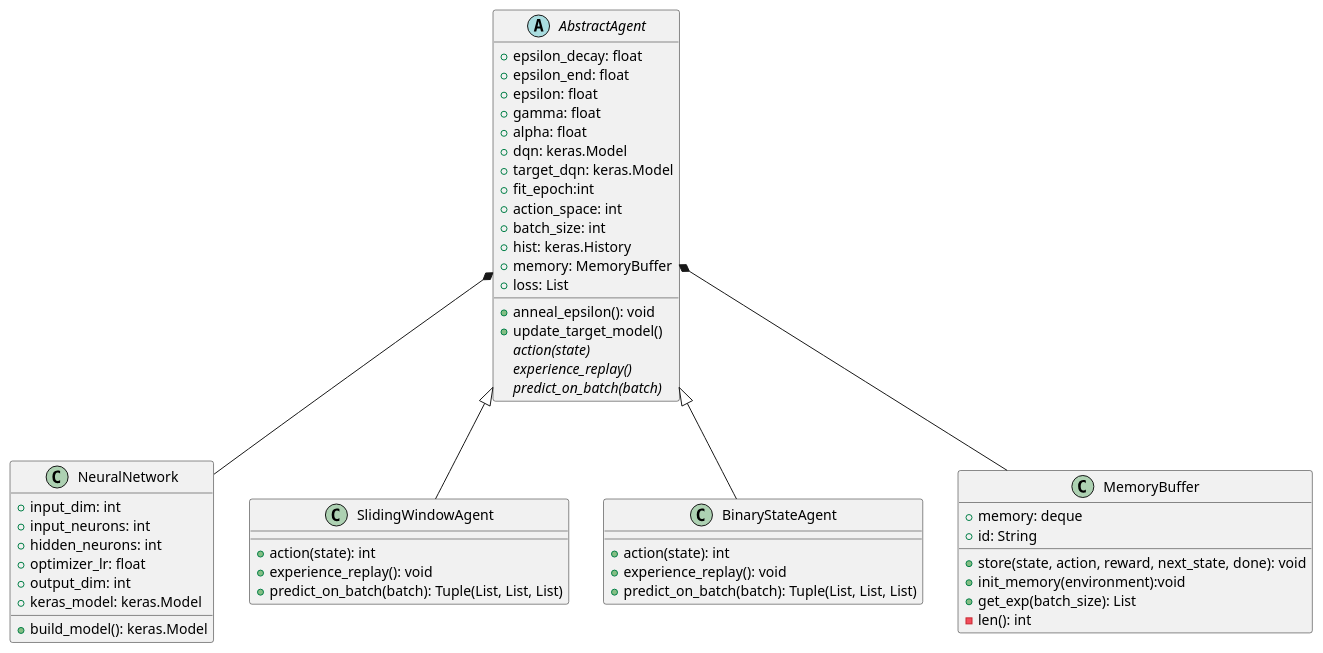
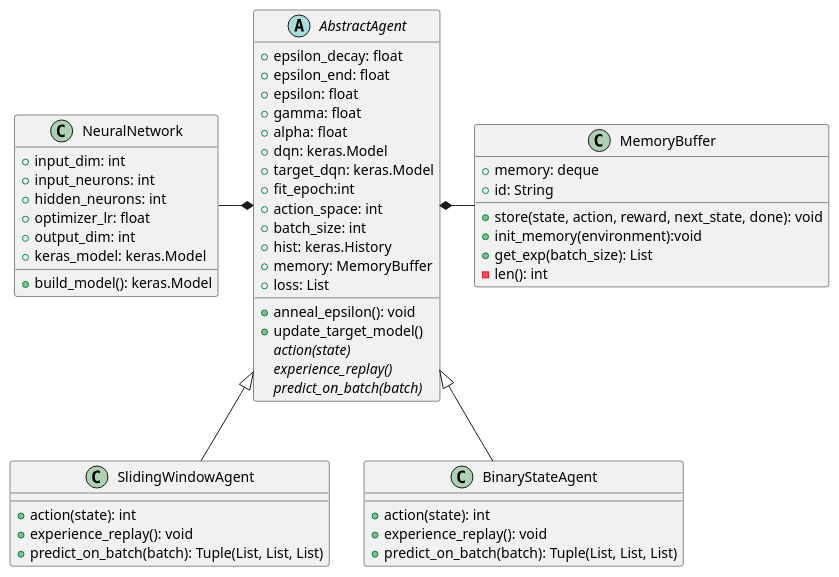
The diagram in uml/agent.puml (jorekai/DQN-Timeseries-Anomaly-Detection), drawn with PlantUML before and after one commit. The commit also changed 6 other files, not shown here.

Commit message:
Added next uml

```diff
--- a/uml/agent.puml
+++ b/uml/agent.puml
@@ -1,65 +1,65 @@
 @startuml
 'Relations in Diagram
-AbstractAgent *-- NeuralNetwork
+AbstractAgent *-left- NeuralNetwork
 AbstractAgent <|-- SlidingWindowAgent
 AbstractAgent <|-- BinaryStateAgent
-AbstractAgent *-- MemoryBuffer
+AbstractAgent *-right- MemoryBuffer
 
 
 'Classes in Diagram
 abstract class AbstractAgent{
 +epsilon_decay: float
 +epsilon_end: float
 +epsilon: float
 +gamma: float
 +alpha: float
 +dqn: keras.Model
 +target_dqn: keras.Model
 +fit_epoch:int
 +action_space: int
 +batch_size: int
 +hist: keras.History
 +memory: MemoryBuffer
 +loss: List
 '
 + anneal_epsilon(): void
 + update_target_model()
 {abstract} action(state)
 {abstract} experience_replay()
 {abstract} predict_on_batch(batch)
 }
 
 class SlidingWindowAgent {
 +action(state): int
 +experience_replay(): void
 +predict_on_batch(batch): Tuple(List, List, List)
 }
 
 class BinaryStateAgent {
 +action(state): int
 +experience_replay(): void
 +predict_on_batch(batch): Tuple(List, List, List)
 }
 
 class NeuralNetwork{
 +input_dim: int
 +input_neurons: int
 +hidden_neurons: int
 +optimizer_lr: float
 +output_dim: int
 +keras_model: keras.Model
 '
 + build_model(): keras.Model
 }
 
 class MemoryBuffer{
 +memory: deque
 +id: String
 '
 +store(state, action, reward, next_state, done): void
 +init_memory(environment):void
 +get_exp(batch_size): List
 -len(): int
 }
 
 @enduml
```
